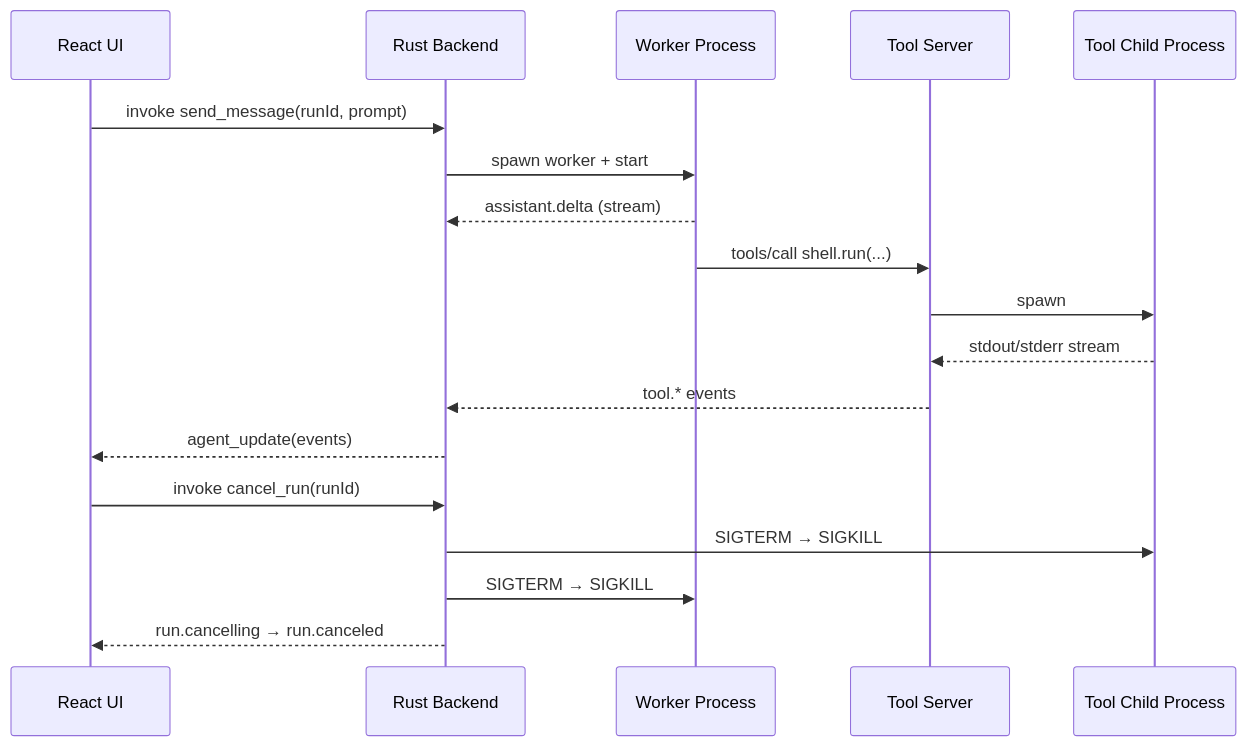
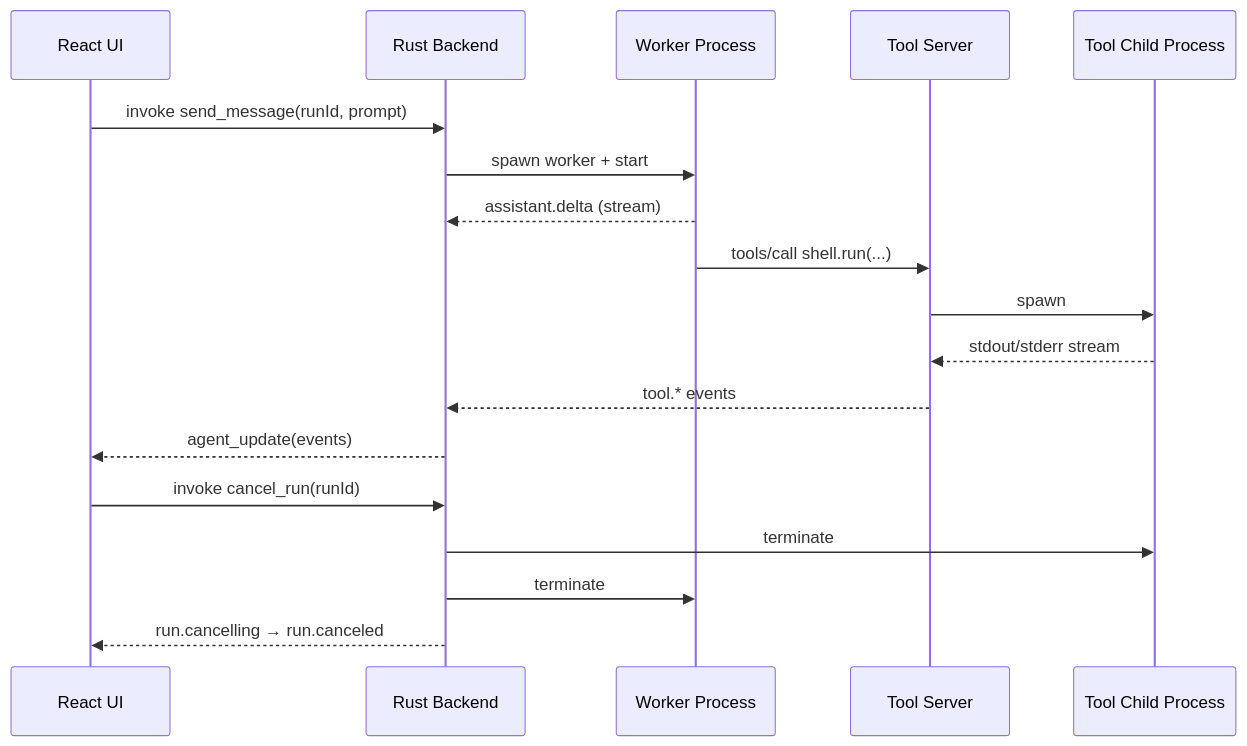
Before and after one commit to gihwan-dev/Obsidian-frontend-journey: the second of 2 diagrams in 10-Projects/Personal/deep-think/Back 설계.md, drawn with Mermaid. The commit also changed other lines of this file and 3 other files, not shown here.

````diff
--- a/10-Projects/Personal/deep-think/Back 설계.md
+++ b/10-Projects/Personal/deep-think/Back 설계.md
@@ -118,22 +106,22 @@
 ```mermaid
 sequenceDiagram
   participant UI as React UI
   participant BE as Rust Backend
   participant W as Worker Process
   participant T as Tool Server
   participant P as Tool Child Process
 
   UI->>BE: invoke send_message(runId, prompt)
   BE->>W: spawn worker + start
   W-->>BE: assistant.delta (stream)
   W->>T: tools/call shell.run(...)
   T->>P: spawn
   P-->>T: stdout/stderr stream
   T-->>BE: tool.* events
   BE-->>UI: agent_update(events)
 
   UI->>BE: invoke cancel_run(runId)
-  BE->>P: SIGTERM → SIGKILL
-  BE->>W: SIGTERM → SIGKILL
+  BE->>P: terminate
+  BE->>W: terminate
   BE-->>UI: run.cancelling → run.canceled
 ```
````
